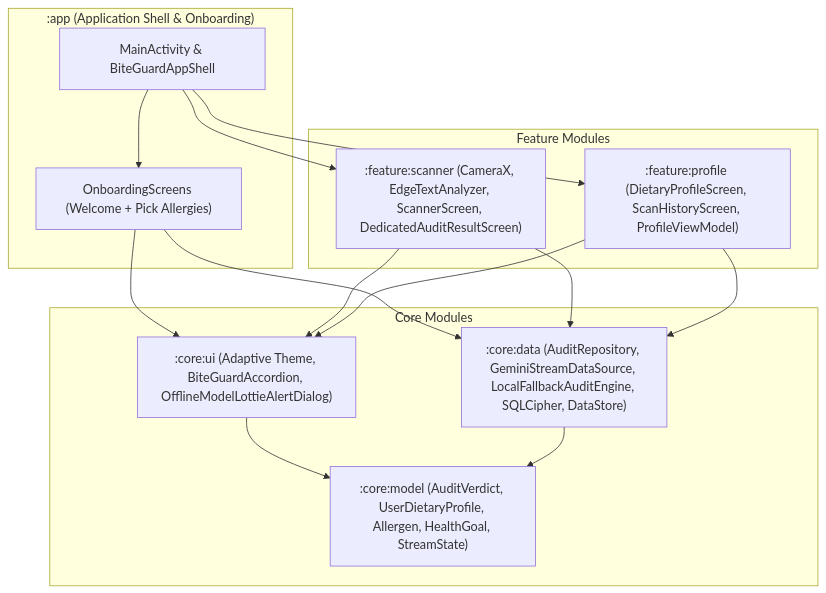
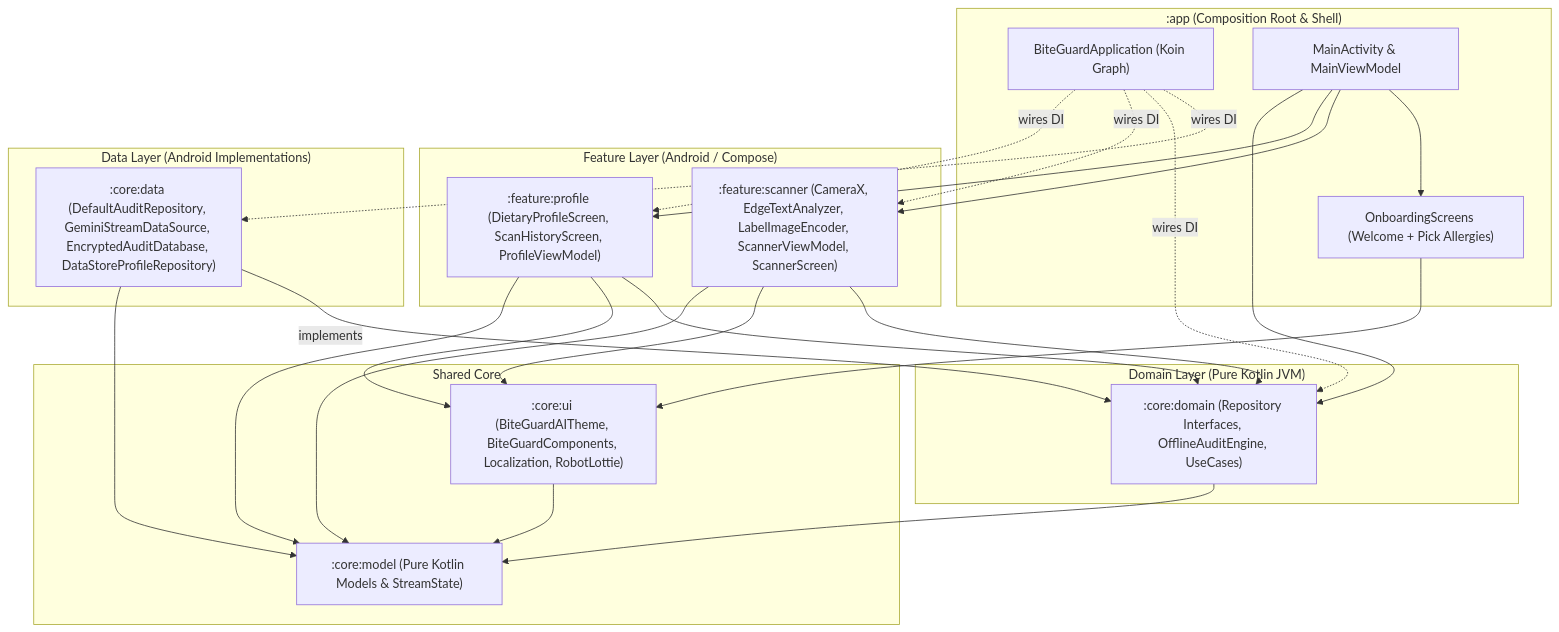
One commit to akmalrafinursyabani/BiteGuard_Android changed the diagram in README.md. Above: the diagram before and after it, drawn with Mermaid. The commit also changed other lines of this file and 45 other files, not shown here.

Commit message:
Add Domain, tests, and improve clean architectures

````diff
--- a/README.md
+++ b/README.md
@@ -54,30 +59,49 @@
 ```mermaid
 flowchart TD
-    subgraph App[":app (Application Shell & Onboarding)"]
-        MA["MainActivity & BiteGuardAppShell"]
+    subgraph App[":app (Composition Root & Shell)"]
+        APP["BiteGuardApplication (Koin Graph)"]
+        MA["MainActivity & MainViewModel"]
         OB["OnboardingScreens (Welcome + Pick Allergies)"]
     end
 
-    subgraph Features["Feature Modules"]
-        SC[":feature:scanner (CameraX, EdgeTextAnalyzer, ScannerScreen, DedicatedAuditResultScreen)"]
+    subgraph Features["Feature Layer (Android / Compose)"]
+        SC[":feature:scanner (CameraX, EdgeTextAnalyzer, LabelImageEncoder, ScannerViewModel, ScannerScreen)"]
         PR[":feature:profile (DietaryProfileScreen, ScanHistoryScreen, ProfileViewModel)"]
     end
 
-    subgraph Core["Core Modules"]
-        UI[":core:ui (Adaptive Theme, BiteGuardAccordion, OfflineModelLottieAlertDialog)"]
-        DA[":core:data (AuditRepository, GeminiStreamDataSource, LocalFallbackAuditEngine, SQLCipher, DataStore)"]
-        MO[":core:model (AuditVerdict, UserDietaryProfile, Allergen, HealthGoal, StreamState)"]
+    subgraph Data["Data Layer (Android Implementations)"]
+        DA[":core:data (DefaultAuditRepository, GeminiStreamDataSource, EncryptedAuditDatabase, DataStoreProfileRepository)"]
     end
+
+    subgraph Domain["Domain Layer (Pure Kotlin JVM)"]
+        DO[":core:domain (Repository Interfaces, OfflineAuditEngine, UseCases)"]
+    end
+
+    subgraph Core["Shared Core"]
+        UI[":core:ui (BiteGuardAITheme, BiteGuardComponents, Localization, RobotLottie)"]
+        MO[":core:model (Pure Kotlin Models & StreamState)"]
+    end
+
+    APP -.->|wires DI| DA
+    APP -.->|wires DI| DO
+    APP -.->|wires DI| SC
+    APP -.->|wires DI| PR
 
     MA --> OB
     MA --> SC
     MA --> PR
+    MA --> DO
     OB --> UI
-    OB --> DA
+
+    SC --> DO
     SC --> UI
-    SC --> DA
+    SC --> MO
+    PR --> DO
     PR --> UI
-    PR --> DA
+    PR --> MO
+
+    DA -->|implements| DO
+    DA --> MO
+    DO --> MO
     UI --> MO
-    DA --> MO
 ```
````
